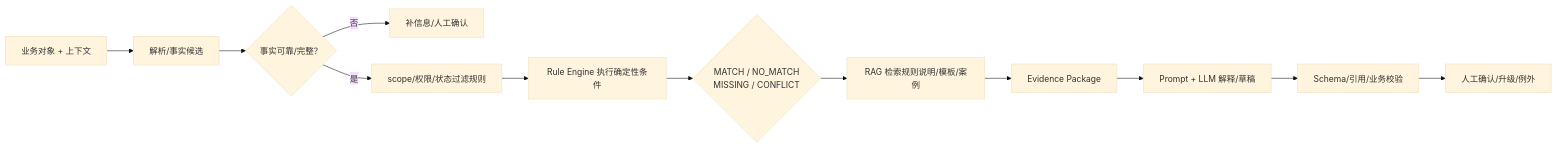
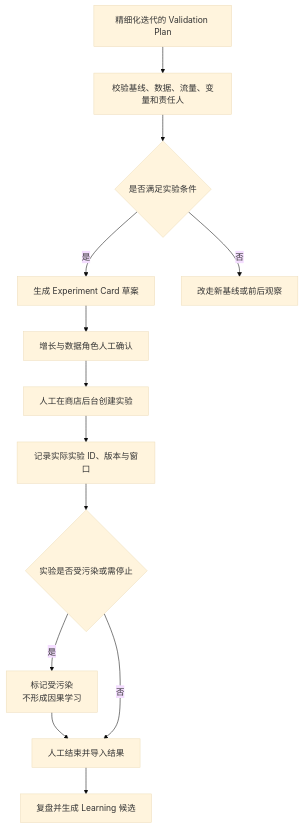
One commit to linkaka970105/ai-pm-adops-copilot changed diagram 15 of 19 in 03_prd/global_aso_localization_agent_prd_v2/全球_ASO_与本地化增长_Agent_PRD_v2.md. Above: the diagram before and after it, drawn with Mermaid (base theme). The commit also changed other lines of this file and 1 other file, not shown here.

````diff
--- a/03_prd/global_aso_localization_agent_prd_v2/全球_ASO_与本地化增长_Agent_PRD_v2.md
+++ b/03_prd/global_aso_localization_agent_prd_v2/全球_ASO_与本地化增长_Agent_PRD_v2.md
@@ -863,14 +1265,21 @@
 ```mermaid
-flowchart LR
-    A["业务对象 + 上下文"] --> B["解析/事实候选"]
-    B --> C{"事实可靠/完整？"}
-    C -->|否| D["补信息/人工确认"]
-    C -->|是| E["scope/权限/状态过滤规则"]
-    E --> F["Rule Engine 执行确定性条件"]
-    F --> G{"MATCH / NO_MATCH<br/>MISSING / CONFLICT"}
-    G --> H["RAG 检索规则说明/模板/案例"]
-    H --> I["Evidence Package"]
-    I --> J["Prompt + LLM 解释/草稿"]
-    J --> K["Schema/引用/业务校验"]
-    K --> L["人工确认/升级/例外"]
+flowchart TB
+    A["精细化迭代的 Validation Plan"]
+    B["校验基线、数据、流量、变量和责任人"]
+    C{"是否满足实验条件"}
+    D["生成 Experiment Card 草案"]
+    E["增长与数据角色人工确认"]
+    F["人工在商店后台创建实验"]
+    G["记录实际实验 ID、版本与窗口"]
+    H{"实验是否受污染或需停止"}
+    I["标记受污染<br/>不形成因果学习"]
+    J["人工结束并导入结果"]
+    K["复盘并生成 Learning 候选"]
+    L["改走新基线或前后观察"]
+
+    A --> B --> C
+    C -->|是| D --> E --> F --> G --> H
+    C -->|否| L
+    H -->|是| I --> J
+    H -->|否| J --> K
 ```
````
